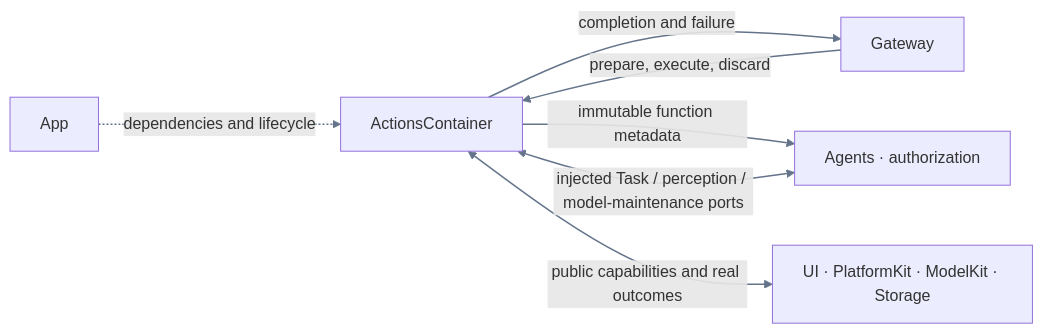
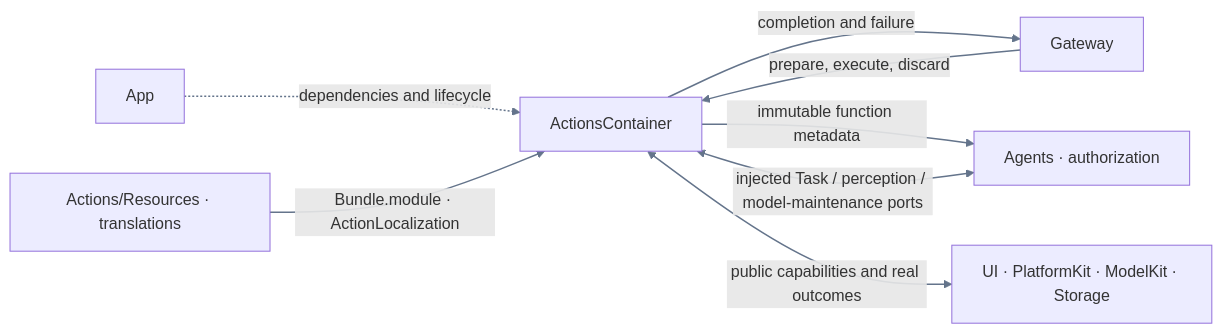
One commit to devilyouwei/MobileHarness changed the first of 2 diagrams in MobileHarness/Actions/README.md. Above: the diagram before and after it, drawn with Mermaid. The commit also changed other lines of this file and 131 other files, not shown here.

````diff
--- a/MobileHarness/Actions/README.md
+++ b/MobileHarness/Actions/README.md
@@ -13,10 +13,11 @@
 ```mermaid
 flowchart LR
     App["App"] -.->|dependencies and lifecycle| X["ActionsContainer"]
     G["Gateway"] -->|prepare, execute, discard| X
     X -->|completion and failure| G
     X -->|immutable function metadata| C["Agents · authorization"]
     X <-->|injected Task / perception / model-maintenance ports| C
     X <-->|public capabilities and real outcomes| F["UI · PlatformKit · ModelKit · Storage"]
+    R["Actions/Resources · translations"] -->|Bundle.module · ActionLocalization| X
     linkStyle default stroke:#64748b,stroke-width:1.5px
 ```
````
